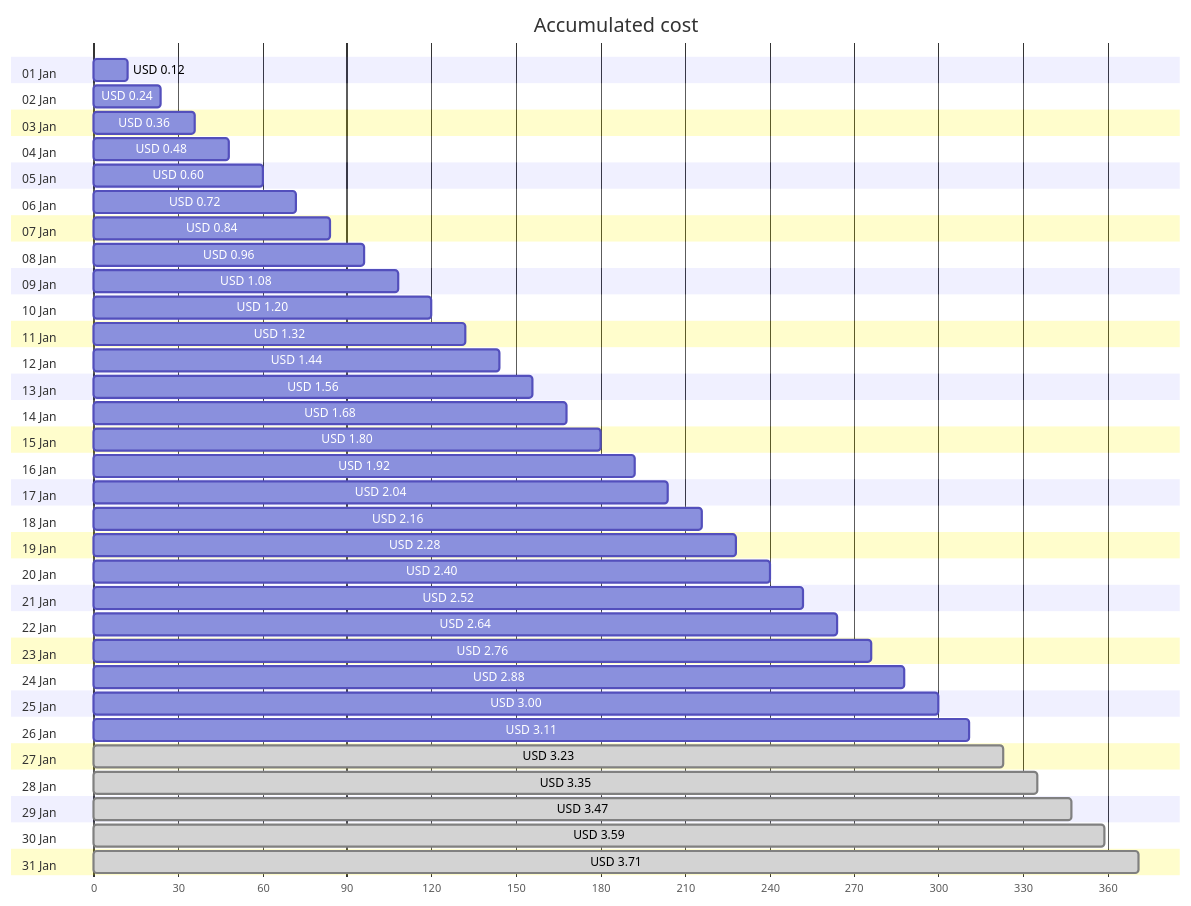
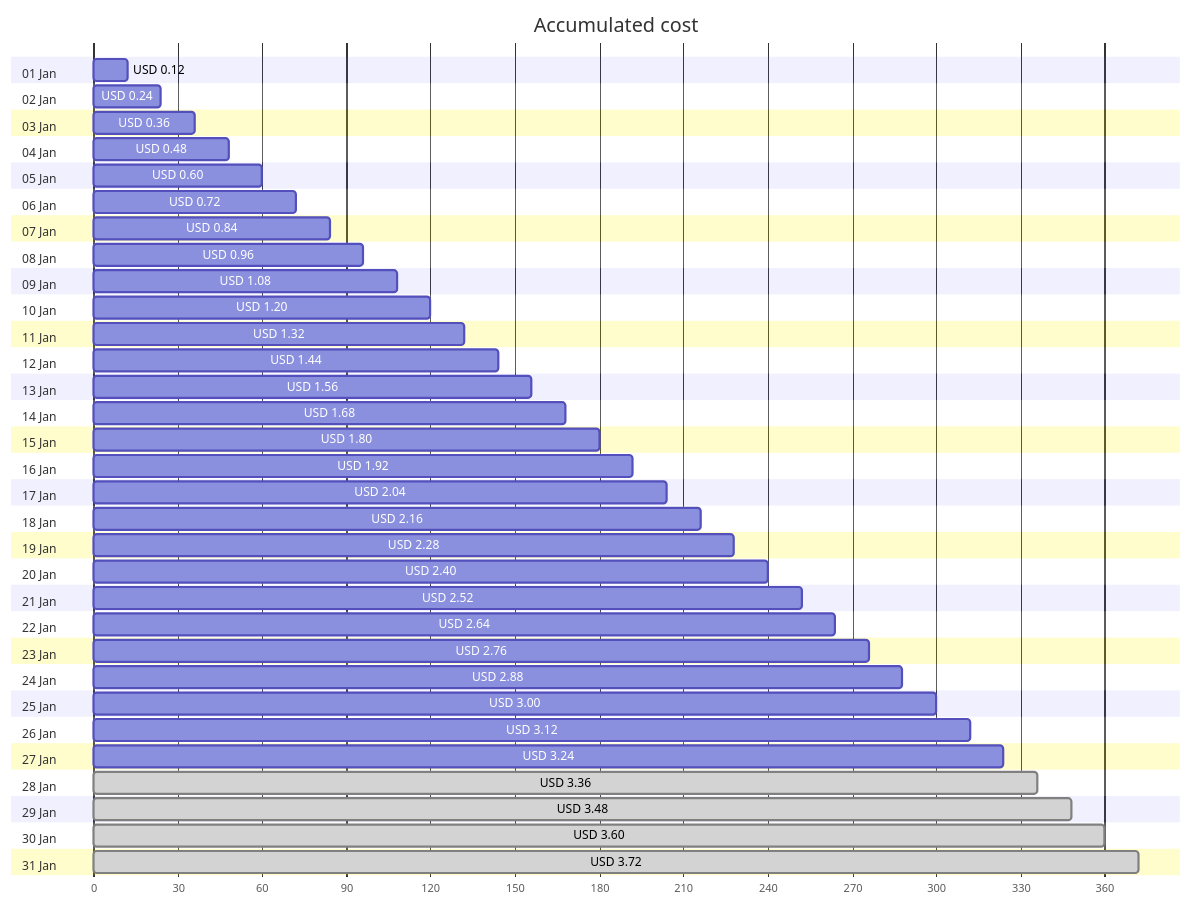
The first of 4 diagrams in cost-reports/personal-network/backup-server-public-ip.md (jpfulton/azure-personal-reports), drawn with Mermaid before and after one commit. The commit also changed other lines of this file and 8 other files, not shown here.

````diff
--- a/cost-reports/personal-network/backup-server-public-ip.md
+++ b/cost-reports/personal-network/backup-server-public-ip.md
@@ -20,68 +20,68 @@
 ```mermaid
 gantt
    title Accumulated cost
    dateFormat  X
    axisFormat %s
    section 01 Jan
    USD 0.12 :0, 12
    section 02 Jan
    USD 0.24 :0, 24
    section 03 Jan
    USD 0.36 :0, 36
    section 04 Jan
    USD 0.48 :0, 48
    section 05 Jan
    USD 0.60 :0, 60
    section 06 Jan
    USD 0.72 :0, 72
    section 07 Jan
    USD 0.84 :0, 84
    section 08 Jan
    USD 0.96 :0, 96
    section 09 Jan
    USD 1.08 :0, 108
    section 10 Jan
    USD 1.20 :0, 120
    section 11 Jan
    USD 1.32 :0, 132
    section 12 Jan
    USD 1.44 :0, 144
    section 13 Jan
    USD 1.56 :0, 156
    section 14 Jan
    USD 1.68 :0, 168
    section 15 Jan
    USD 1.80 :0, 180
    section 16 Jan
    USD 1.92 :0, 192
    section 17 Jan
    USD 2.04 :0, 204
    section 18 Jan
    USD 2.16 :0, 216
    section 19 Jan
    USD 2.28 :0, 228
    section 20 Jan
    USD 2.40 :0, 240
    section 21 Jan
    USD 2.52 :0, 252
    section 22 Jan
    USD 2.64 :0, 264
    section 23 Jan
    USD 2.76 :0, 276
    section 24 Jan
    USD 2.88 :0, 288
    section 25 Jan
    USD 3.00 :0, 300
    section 26 Jan
-   USD 3.11 :0, 311
+   USD 3.12 :0, 312
    section 27 Jan
-   USD 3.23 : done, 0, 323
+   USD 3.24 :0, 324
    section 28 Jan
-   USD 3.35 : done, 0, 335
+   USD 3.36 : done, 0, 336
    section 29 Jan
-   USD 3.47 : done, 0, 347
+   USD 3.48 : done, 0, 348
    section 30 Jan
-   USD 3.59 : done, 0, 359
+   USD 3.60 : done, 0, 360
    section 31 Jan
-   USD 3.71 : done, 0, 371
+   USD 3.72 : done, 0, 372
 ```
````
